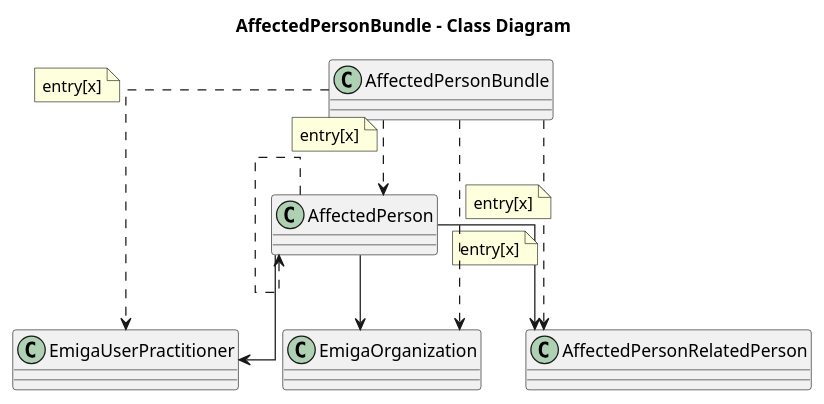
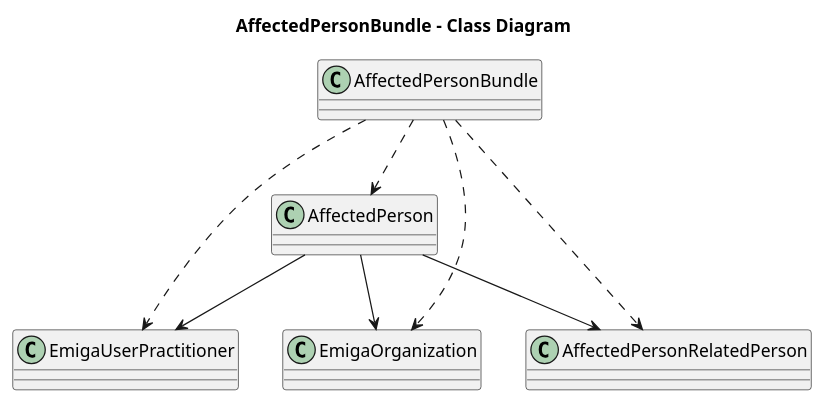
Before and after one commit to robert-koch-institut/rki.emiga.common: the diagram in rki.emiga.common/PlantUML/AffectedPersonBundle.puml, drawn with PlantUML. The commit also changed 2 other files, not shown here.

```diff
--- a/rki.emiga.common/PlantUML/AffectedPersonBundle.puml
+++ b/rki.emiga.common/PlantUML/AffectedPersonBundle.puml
@@ -1,29 +1,23 @@
 @startuml
-skinparam linetype ortho
 
 title AffectedPersonBundle - Class Diagram
 
 class AffectedPerson{
 }
 class EmigaUserPractitioner {
 }
 class EmigaOrganization {
 }
 class AffectedPersonBundle {
 }
 
 AffectedPerson --> AffectedPersonRelatedPerson
 AffectedPerson --> EmigaOrganization
 AffectedPerson --> EmigaUserPractitioner
 
 AffectedPersonBundle ..> AffectedPerson
-note on link: entry[x]
 AffectedPersonBundle ..> AffectedPersonRelatedPerson
-note on link: entry[x]
 AffectedPersonBundle ..> EmigaOrganization
-note on link: entry[x]
 AffectedPersonBundle ..> EmigaUserPractitioner
-note on link: entry[x]
-AffectedPerson ..> AffectedPerson
 
 @enduml
```
